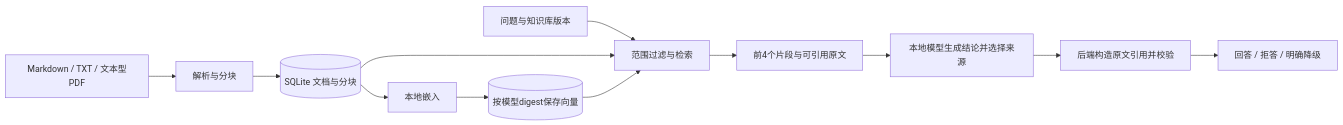
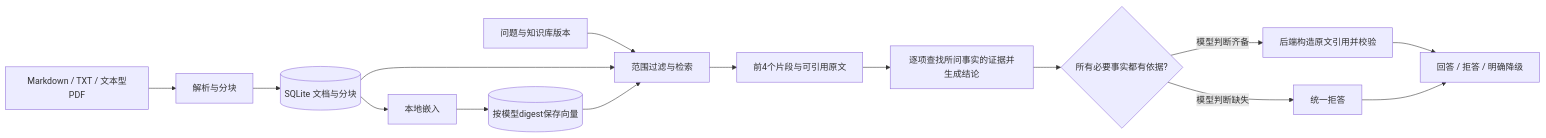
The diagram in docs/architecture.md (janeblackcc-gif/TraceDesk), drawn with Mermaid before and after one commit. The commit also changed other lines of this file and 35 other files, not shown here.

````diff
--- a/docs/architecture.md
+++ b/docs/architecture.md
@@ -5,14 +5,17 @@
 ```mermaid
 flowchart LR
     F[Markdown / TXT / 文本型PDF] --> P[解析与分块]
     P --> DB[(SQLite 文档与分块)]
     DB --> E[本地嵌入]
     E --> V[(按模型digest保存向量)]
     Q[问题与知识库版本] --> R[范围过滤与检索]
     DB --> R
     V --> R
     R --> C[前4个片段与可引用原文]
-    C --> G[本地模型生成结论并选择来源]
-    G --> A[后端构造原文引用并校验]
+    C --> G[逐项查找所问事实的证据并生成结论]
+    G --> D{所有必要事实都有依据?}
+    D -->|模型判断缺失| N[统一拒答]
+    D -->|模型判断齐备| A[后端构造原文引用并校验]
     A --> U[回答 / 拒答 / 明确降级]
+    N --> U
 ```
````
